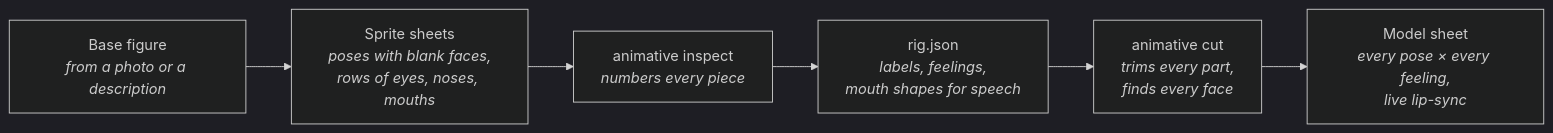
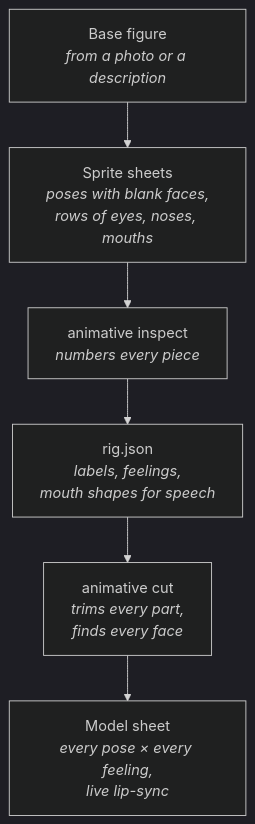
Before and after one commit to hrmasss/animative: the second of 3 diagrams in README.md, drawn with Mermaid (dark theme). The commit also changed other lines of this file, not shown here.

Commit message:
docs: stack the host and render diagrams so they read at README width

````diff
--- a/README.md
+++ b/README.md
@@ -70,8 +70,8 @@
 ```mermaid
-flowchart LR
+flowchart TB
     ref["Base figure<br/><i>from a photo or a description</i>"] --> sheets["Sprite sheets<br/><i>poses with blank faces,<br/>rows of eyes, noses, mouths</i>"]
     sheets --> inspect["animative inspect<br/><i>numbers every piece</i>"]
     inspect --> rigj["rig.json<br/><i>labels, feelings,<br/>mouth shapes for speech</i>"]
     rigj --> cut["animative cut<br/><i>trims every part,<br/>finds every face</i>"]
     cut --> sheet["Model sheet<br/><i>every pose × every feeling,<br/>live lip-sync</i>"]
 ```
````
